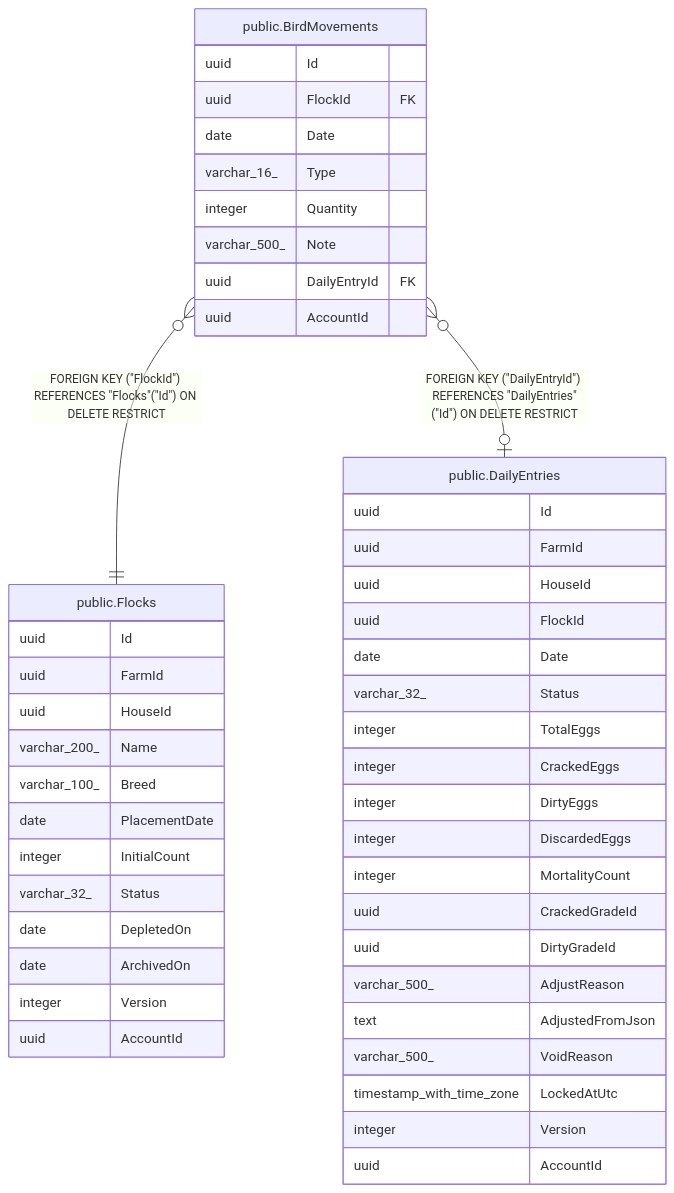
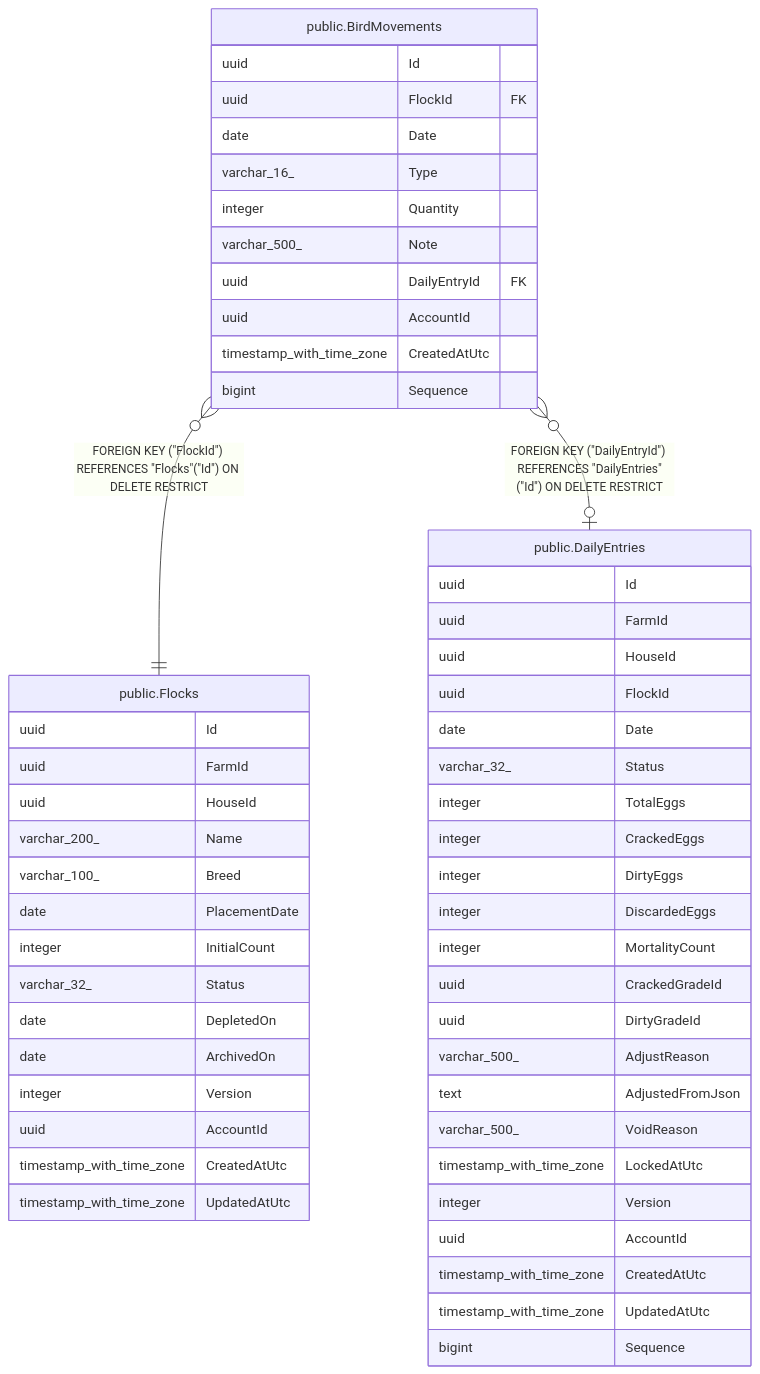
The diagram in docs/schema/public.BirdMovements.md (mforce/cluckwork), drawn with Mermaid before and after one commit. The commit also changed other lines of this file and 105 other files, not shown here.

````diff
--- a/docs/schema/public.BirdMovements.md
+++ b/docs/schema/public.BirdMovements.md
@@ -47,52 +58,59 @@
 ```mermaid
 erDiagram
 
 "public.BirdMovements" }o--|| "public.Flocks" : "FOREIGN KEY (#quot;FlockId#quot;) REFERENCES #quot;Flocks#quot;(#quot;Id#quot;) ON DELETE RESTRICT"
 "public.BirdMovements" }o--o| "public.DailyEntries" : "FOREIGN KEY (#quot;DailyEntryId#quot;) REFERENCES #quot;DailyEntries#quot;(#quot;Id#quot;) ON DELETE RESTRICT"
 
 "public.BirdMovements" {
   uuid Id
   uuid FlockId FK
   date Date
   varchar_16_ Type
   integer Quantity
   varchar_500_ Note
   uuid DailyEntryId FK
   uuid AccountId
+  timestamp_with_time_zone CreatedAtUtc
+  bigint Sequence
 }
 "public.Flocks" {
   uuid Id
   uuid FarmId
   uuid HouseId
   varchar_200_ Name
   varchar_100_ Breed
   date PlacementDate
   integer InitialCount
   varchar_32_ Status
   date DepletedOn
   date ArchivedOn
   integer Version
   uuid AccountId
+  timestamp_with_time_zone CreatedAtUtc
+  timestamp_with_time_zone UpdatedAtUtc
 }
 "public.DailyEntries" {
   uuid Id
   uuid FarmId
   uuid HouseId
   uuid FlockId
   date Date
   varchar_32_ Status
   integer TotalEggs
   integer CrackedEggs
   integer DirtyEggs
   integer DiscardedEggs
   integer MortalityCount
   uuid CrackedGradeId
   uuid DirtyGradeId
   varchar_500_ AdjustReason
   text AdjustedFromJson
   varchar_500_ VoidReason
   timestamp_with_time_zone LockedAtUtc
   integer Version
   uuid AccountId
+  timestamp_with_time_zone CreatedAtUtc
+  timestamp_with_time_zone UpdatedAtUtc
+  bigint Sequence
 }
 ```
````
